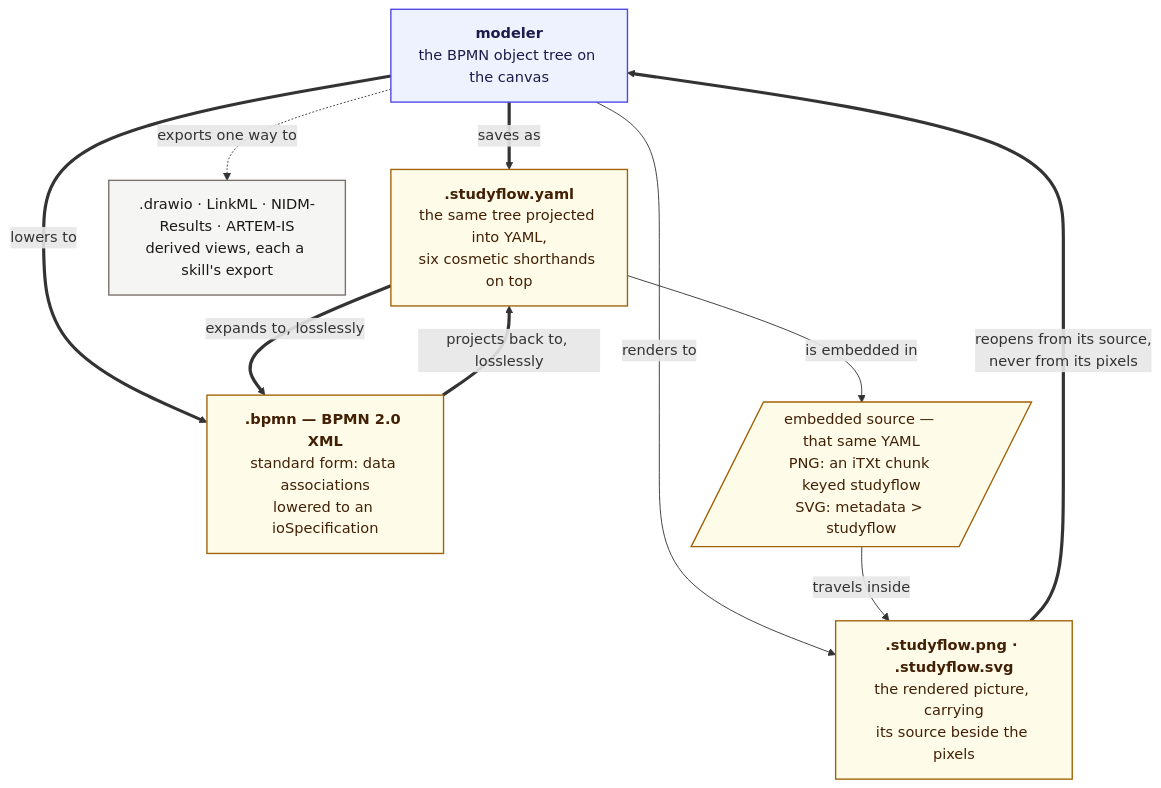
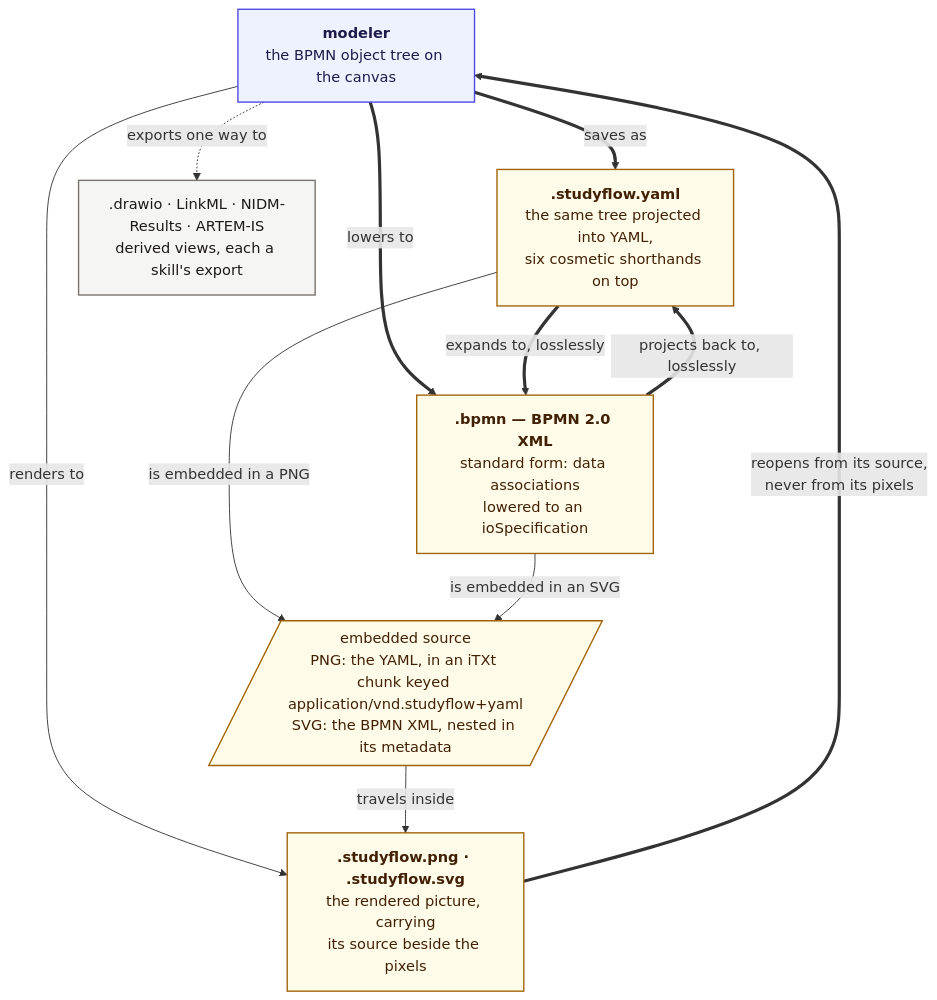
Before and after one commit to behaverse/studyflow-modeler: the diagram in docs/assets/img/diagrams/file-format.mmd, drawn with Mermaid. The commit also changed 71 other files, not shown here.

```diff
--- a/docs/assets/img/diagrams/file-format.mmd
+++ b/docs/assets/img/diagrams/file-format.mmd
@@ -1,40 +1,41 @@
 %% Regenerate: npx -y @mermaid-js/mermaid-cli -i file-format.mmd -o file-format.svg -c mermaid.config.json -b transparent
 %% The config keeps labels as plain SVG text (no foreignObject), so the .svg survives being embedded as an image.
 %% Thick arrows are the lossless hops; dotted arrows leave the round trip.
 flowchart TB
 
   MODELER["`**modeler**
   the BPMN object tree on the canvas`"]
 
   YAML["`**.studyflow.yaml**
   the same tree projected into YAML,
   six cosmetic shorthands on top`"]
   BPMN["`**.bpmn — BPMN 2.0 XML**
   standard form: data associations
   lowered to an ioSpecification`"]
 
   IMG["`**.studyflow.png · .studyflow.svg**
   the rendered picture, carrying
   its source beside the pixels`"]
-  SOURCE[/"embedded source — that same YAML<br/>PNG: an iTXt chunk keyed studyflow<br/>SVG: metadata &gt; studyflow"/]
+  SOURCE[/"embedded source<br/>PNG: the YAML, in an iTXt chunk keyed application/vnd.studyflow+yaml<br/>SVG: the BPMN XML, nested in its metadata"/]
 
   DERIVED[".drawio · LinkML · NIDM-Results · ARTEM-IS<br/>derived views, each a skill's export"]
 
   MODELER ==>|"saves as"| YAML
   MODELER ==>|"lowers to"| BPMN
   YAML ==>|"expands to, losslessly"| BPMN
   BPMN ==>|"projects back to, losslessly"| YAML
 
   MODELER -->|"renders to"| IMG
-  YAML -->|"is embedded in"| SOURCE
+  YAML -->|"is embedded in a PNG"| SOURCE
+  BPMN -->|"is embedded in an SVG"| SOURCE
   SOURCE -->|"travels inside"| IMG
   IMG ==>|"reopens from its source,<br/>never from its pixels"| MODELER
 
   MODELER -.->|"exports one way to"| DERIVED
 
   classDef app fill:#eef2ff,stroke:#4f46e5,stroke-width:1.5px,color:#1e1b4b
   classDef file fill:#fefce8,stroke:#a16207,stroke-width:1.5px,color:#422006
   classDef oneway fill:#f5f5f4,stroke:#78716c,stroke-width:1.5px,color:#1c1917
   class MODELER app
   class YAML,BPMN,IMG,SOURCE file
   class DERIVED oneway
```
